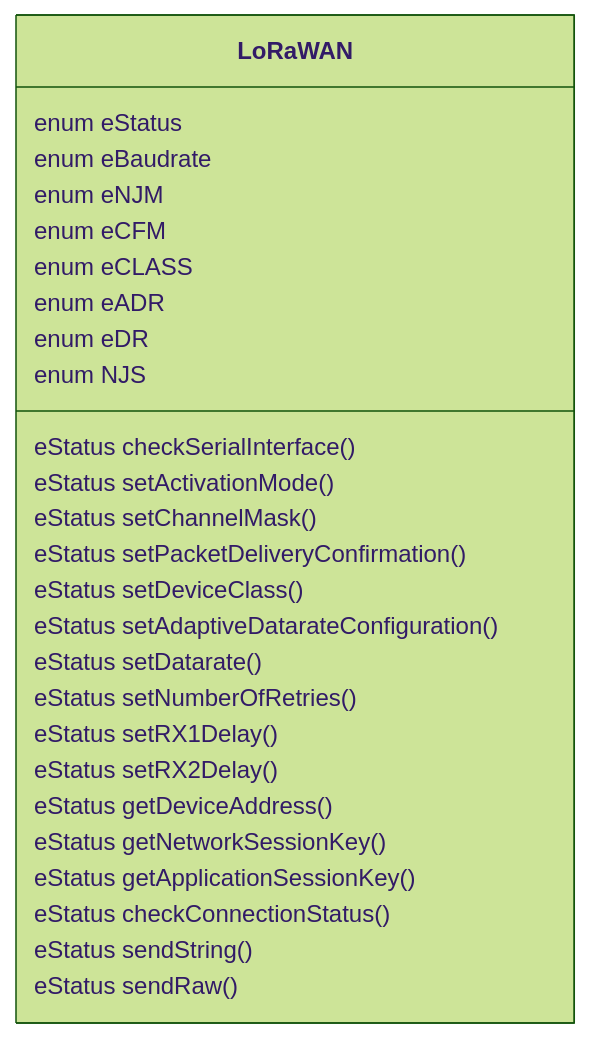
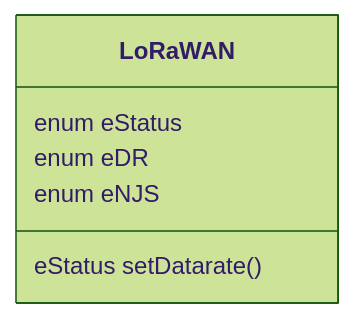
The eighth of 9 diagrams in README.md (niloedson/typora-softdoc-encosis-2022), drawn with Mermaid (forest theme) before and after one commit. The commit also changed other lines of this file and 1 other file, not shown here.

````diff
--- a/README.md
+++ b/README.md
@@ -699,30 +675,10 @@
 ```mermaid
 classDiagram
 
 class LoRaWAN {
 	enum eStatus
-	enum eBaudrate
-	enum eNJM
-	enum eCFM
-	enum eCLASS
-	enum eADR
 	enum eDR
-	enum NJS
-	eStatus checkSerialInterface()
-	eStatus setActivationMode()
-	eStatus setChannelMask()
-	eStatus setPacketDeliveryConfirmation()
-	eStatus setDeviceClass()
-	eStatus setAdaptiveDatarateConfiguration()
+	enum eNJS
 	eStatus setDatarate()
-	eStatus setNumberOfRetries()
-	eStatus setRX1Delay()
-	eStatus setRX2Delay()
-	eStatus getDeviceAddress()
-	eStatus getNetworkSessionKey()
-	eStatus getApplicationSessionKey()
-	eStatus checkConnectionStatus()
-	eStatus sendString()
-	eStatus sendRaw()
 }
 ```
````
